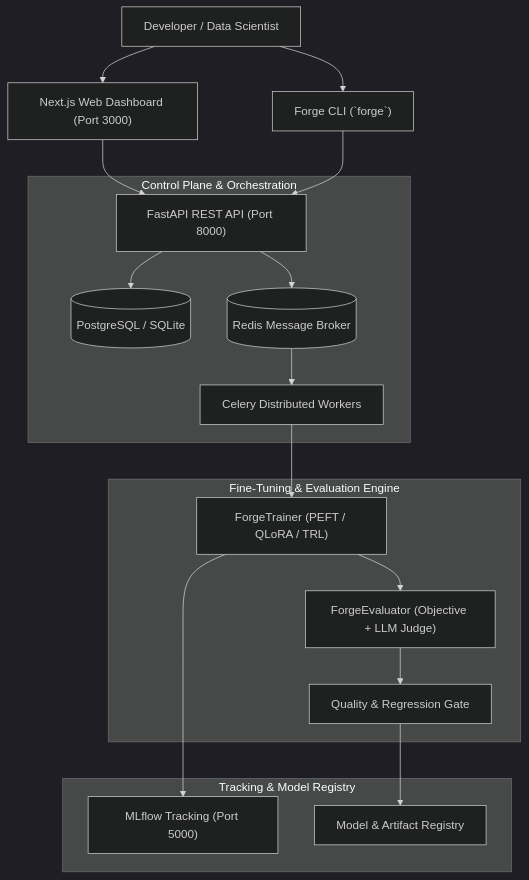
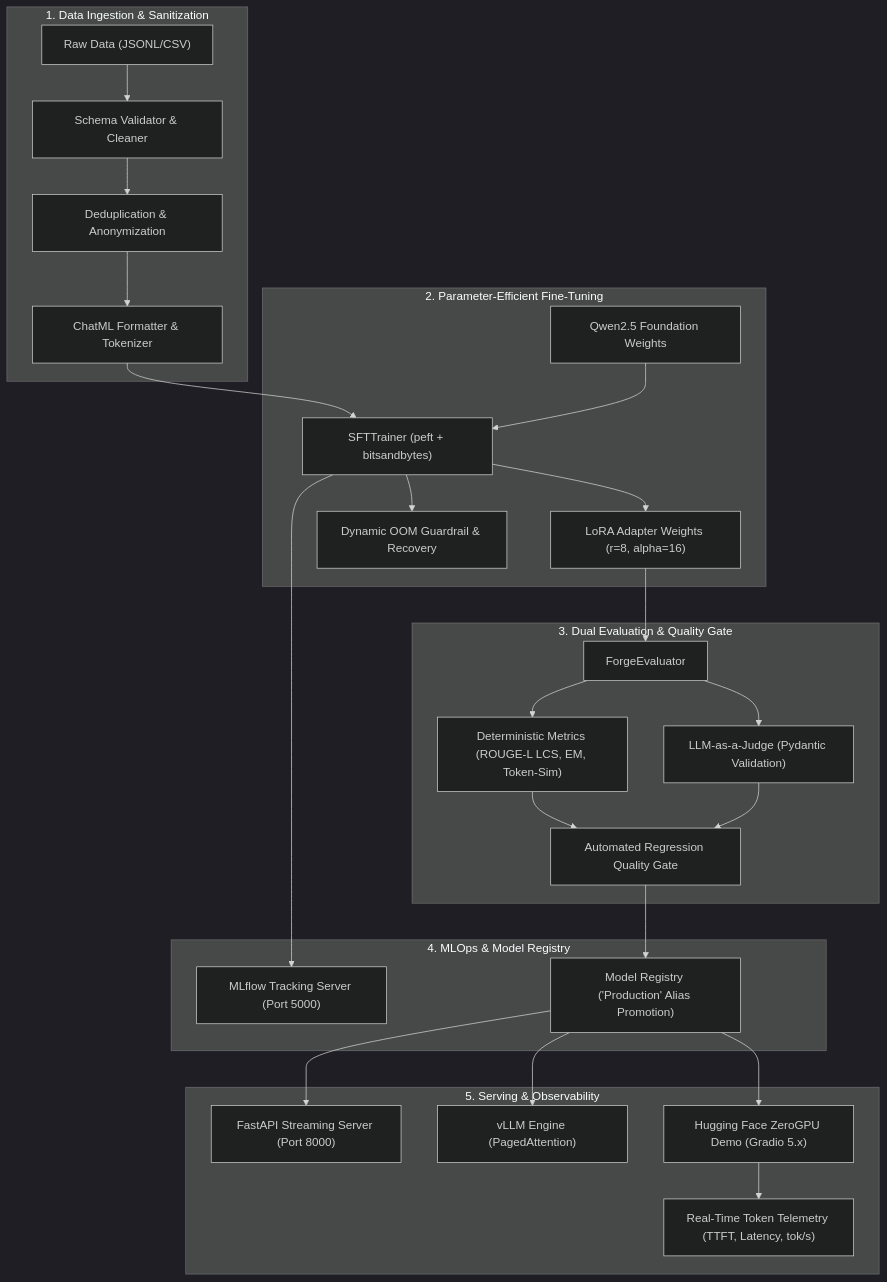
The diagram in README.md (ajay1951/enterprise-llm-finetuning-mlops), drawn with Mermaid (dark theme) before and after one commit. The commit also changed other lines of this file and 11 other files, not shown here.

Commit message:
docs: complete v1.0 portfolio hardening, architecture diagrams, and live evaluation reports

````diff
--- a/README.md
+++ b/README.md
@@ -32,25 +50,35 @@
 ```mermaid
 graph TD
-    User["Developer / Data Scientist"] --> CLI["Forge CLI (`forge`)"]
-    User --> UI["Next.js Web Dashboard (Port 3000)"]
-    
-    UI --> API["FastAPI REST API (Port 8000)"]
-    CLI --> API
-    
-    subgraph Control_Plane ["Control Plane & Orchestration"]
-        API --> DB[(PostgreSQL / SQLite)]
-        API --> Redis[(Redis Message Broker)]
-        Redis --> Workers["Celery Distributed Workers"]
+    subgraph Data_Layer ["1. Data Ingestion & Sanitization"]
+        Raw["Raw Data (JSONL/CSV)"] --> Val["Schema Validator & Cleaner"]
+        Val --> Dedupe["Deduplication & Anonymization"]
+        Dedupe --> Format["ChatML Formatter & Tokenizer"]
     end
-    
-    subgraph FineTuning_Engine ["Fine-Tuning & Evaluation Engine"]
-        Workers --> Trainer["ForgeTrainer (PEFT / QLoRA / TRL)"]
-        Trainer --> Evaluator["ForgeEvaluator (Objective + LLM Judge)"]
-        Evaluator --> Gate["Quality & Regression Gate"]
+
+    subgraph Training_Layer ["2. Parameter-Efficient Fine-Tuning"]
+        Format --> SFT["SFTTrainer (peft + bitsandbytes)"]
+        Base["Qwen2.5 Foundation Weights"] --> SFT
+        SFT --> LoRA["LoRA Adapter Weights (r=8, alpha=16)"]
+        SFT --> OOM["Dynamic OOM Guardrail & Recovery"]
     end
-    
-    subgraph Storage_Registry ["Tracking & Model Registry"]
-        Trainer --> MLflow["MLflow Tracking (Port 5000)"]
-        Gate --> ModelReg["Model & Artifact Registry"]
+
+    subgraph Evaluation_Layer ["3. Dual Evaluation & Quality Gate"]
+        LoRA --> Eval["ForgeEvaluator"]
+        Eval --> Obj["Deterministic Metrics (ROUGE-L LCS, EM, Token-Sim)"]
+        Eval --> Judge["LLM-as-a-Judge (Pydantic Validation)"]
+        Obj --> Gate["Automated Regression Quality Gate"]
+        Judge --> Gate
+    end
+
+    subgraph Registry_Layer ["4. MLOps & Model Registry"]
+        SFT --> MLflow["MLflow Tracking Server (Port 5000)"]
+        Gate --> Reg["Model Registry ('Production' Alias Promotion)"]
+    end
+
+    subgraph Serving_Layer ["5. Serving & Observability"]
+        Reg --> FastAPIServing["FastAPI Streaming Server (Port 8000)"]
+        Reg --> vLLMServer["vLLM Engine (PagedAttention)"]
+        Reg --> ZeroGPU["Hugging Face ZeroGPU Demo (Gradio 5.x)"]
+        ZeroGPU --> Telemetry["Real-Time Token Telemetry (TTFT, Latency, tok/s)"]
     end
 ```
````
